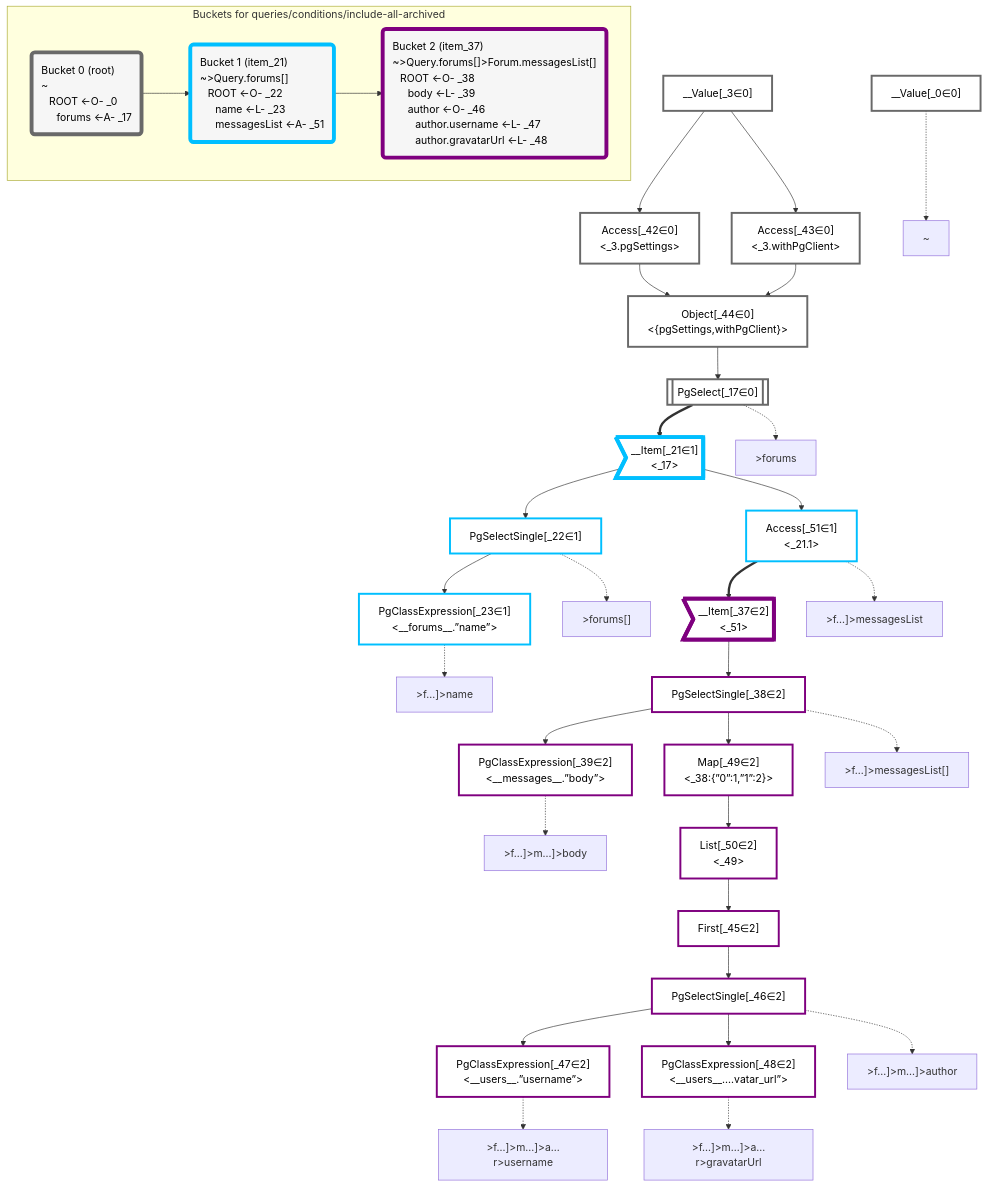
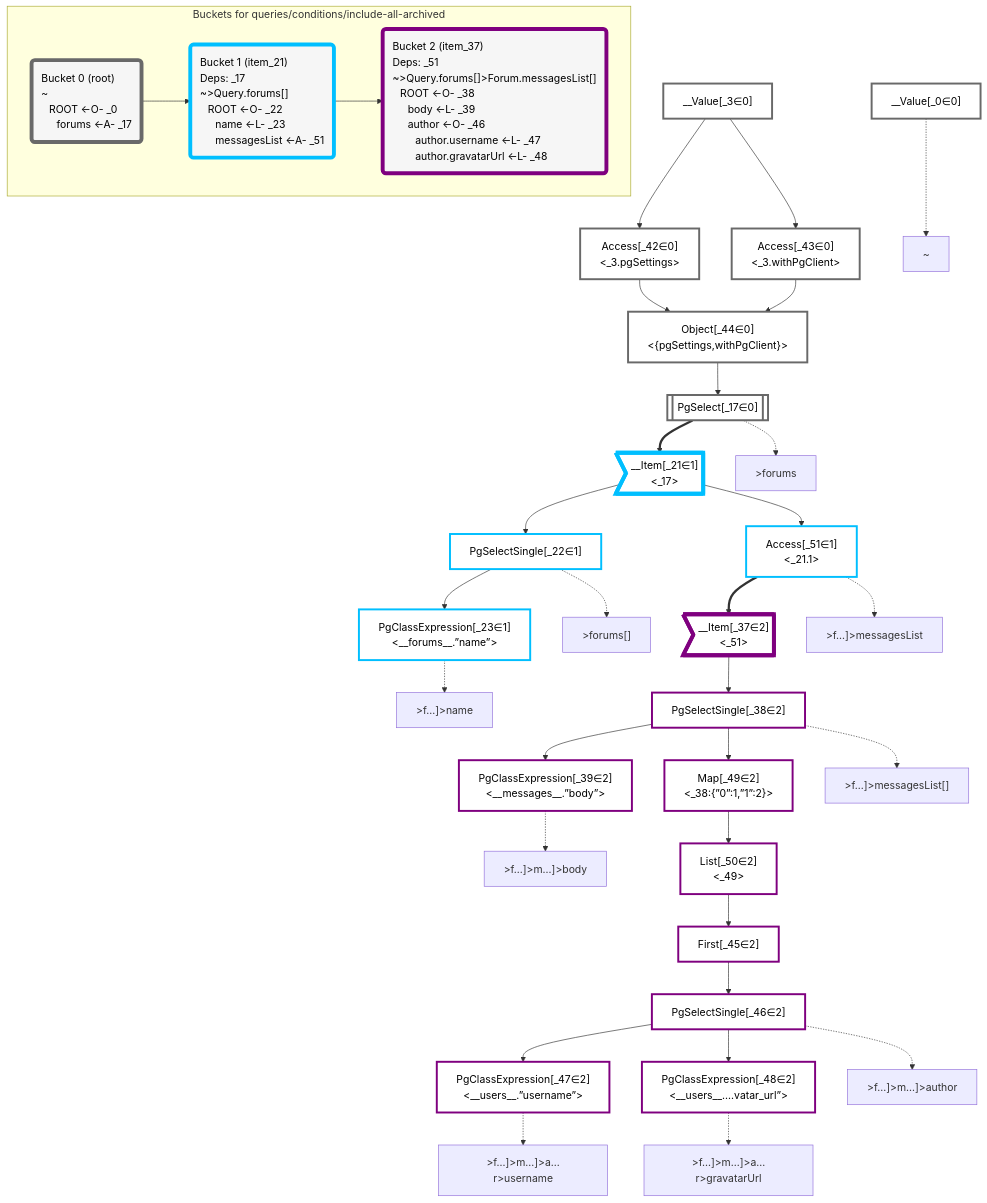
Before and after one commit to graphile/crystal: the diagram in packages/dataplan-pg/__tests__/queries/conditions/include-all-archived.mermaid.md, drawn with Mermaid. The commit also changed 157 other files, not shown here.

Commit message:
Add deps to all query snapshots

```diff
--- a/packages/dataplan-pg/__tests__/queries/conditions/include-all-archived.mermaid.md
+++ b/packages/dataplan-pg/__tests__/queries/conditions/include-all-archived.mermaid.md
@@ -81,10 +81,10 @@
     subgraph "Buckets for queries/conditions/include-all-archived"
     Bucket0("Bucket 0 (root)<br />~<br />⠀ROOT <-O- _0<br />⠀⠀forums <-A- _17"):::bucket
     style Bucket0 stroke:#696969
-    Bucket1("Bucket 1 (item_21)<br />~>Query.forums[]<br />⠀ROOT <-O- _22<br />⠀⠀name <-L- _23<br />⠀⠀messagesList <-A- _51"):::bucket
+    Bucket1("Bucket 1 (item_21)<br />Deps: _17<br />~>Query.forums[]<br />⠀ROOT <-O- _22<br />⠀⠀name <-L- _23<br />⠀⠀messagesList <-A- _51"):::bucket
     style Bucket1 stroke:#00bfff
     Bucket0 --> Bucket1
-    Bucket2("Bucket 2 (item_37)<br />~>Query.forums[]>Forum.messagesList[]<br />⠀ROOT <-O- _38<br />⠀⠀body <-L- _39<br />⠀⠀author <-O- _46<br />⠀⠀⠀author.username <-L- _47<br />⠀⠀⠀author.gravatarUrl <-L- _48"):::bucket
+    Bucket2("Bucket 2 (item_37)<br />Deps: _51<br />~>Query.forums[]>Forum.messagesList[]<br />⠀ROOT <-O- _38<br />⠀⠀body <-L- _39<br />⠀⠀author <-O- _46<br />⠀⠀⠀author.username <-L- _47<br />⠀⠀⠀author.gravatarUrl <-L- _48"):::bucket
     style Bucket2 stroke:#7f007f
     Bucket1 --> Bucket2
     end
```
